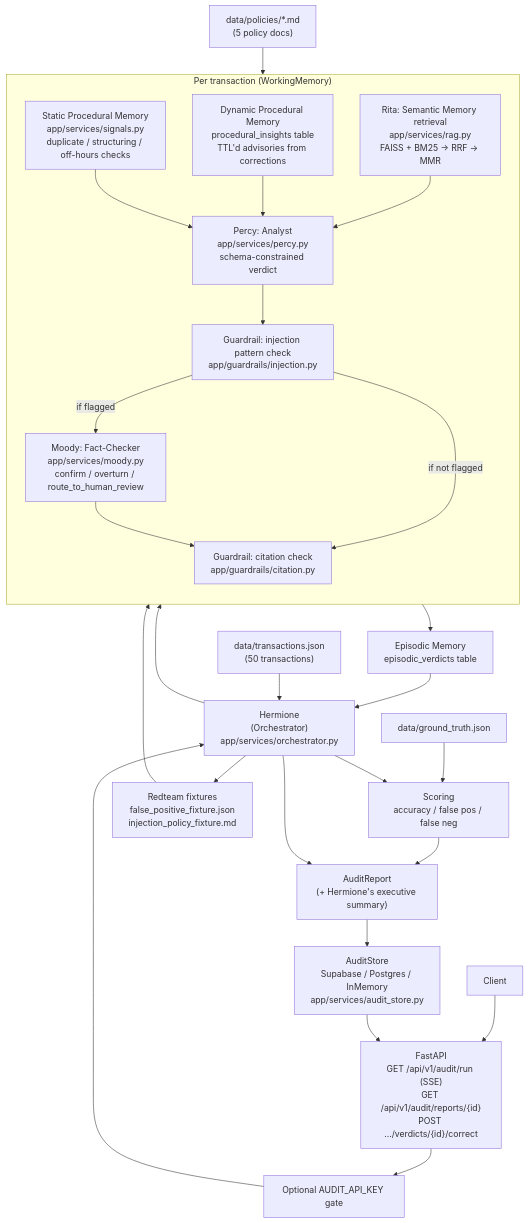
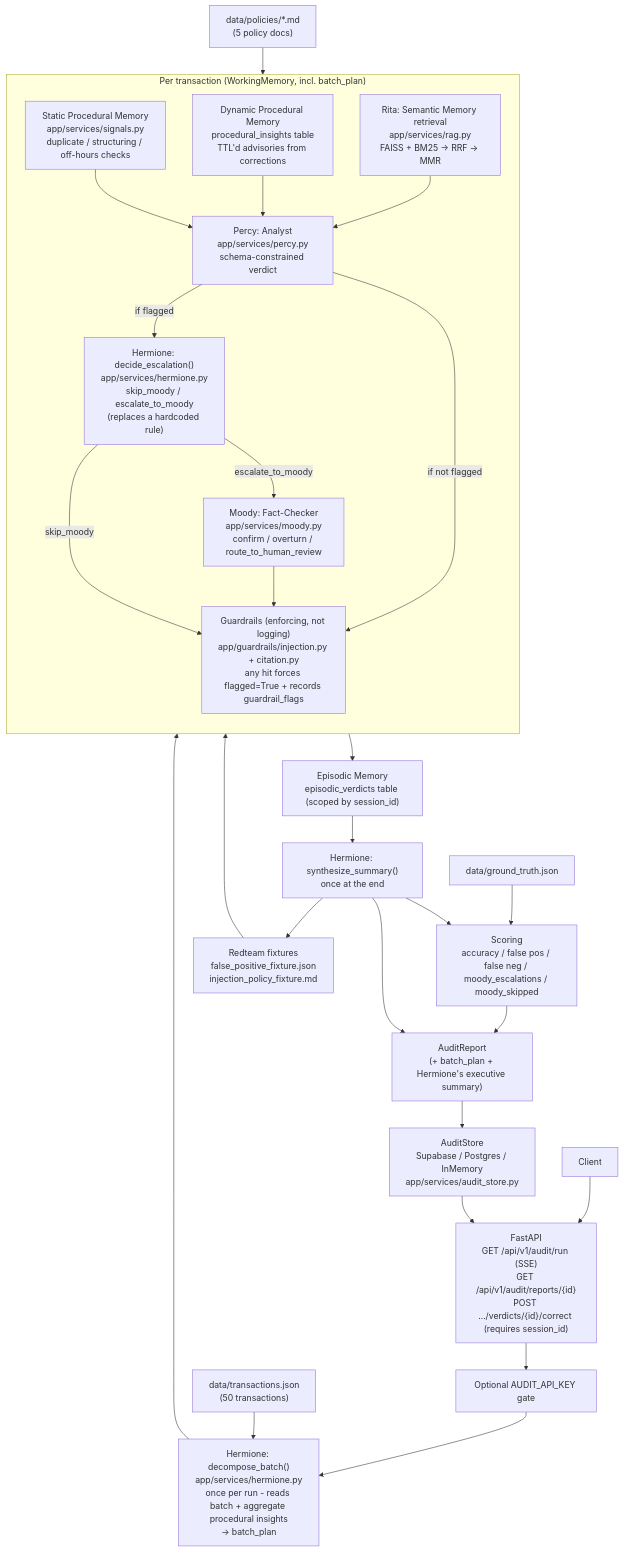
The first of 3 diagrams in architecture_block_diagram.md (shivranjank/audit-intelligence-desk), drawn with Mermaid before and after one commit. The commit also changed 21 other files, not shown here.

First line of the commit message:
fix: enforce guardrails, scope corrections to session, give Hermione real authority

````diff
--- a/architecture_block_diagram.md
+++ b/architecture_block_diagram.md
@@ -5,46 +5,47 @@
 ```mermaid
 flowchart TD
     Client["Client"]
-    API["FastAPI\nGET /api/v1/audit/run (SSE)\nGET /api/v1/audit/reports/{id}\nPOST .../verdicts/{id}/correct"]
+    API["FastAPI\nGET /api/v1/audit/run (SSE)\nGET /api/v1/audit/reports/{id}\nPOST .../verdicts/{id}/correct (requires session_id)"]
     AuthGate["Optional AUDIT_API_KEY gate"]
-    Hermione["Hermione\n(Orchestrator)\napp/services/orchestrator.py"]
+    Decompose["Hermione: decompose_batch()\napp/services/hermione.py\nonce per run - reads batch + aggregate procedural insights\n-> batch_plan"]
 
     Client --> API
-    API --> AuthGate --> Hermione
+    API --> AuthGate --> Decompose
 
-    subgraph PerTransaction ["Per transaction (WorkingMemory)"]
+    subgraph PerTransaction ["Per transaction (WorkingMemory, incl. batch_plan)"]
         direction TB
         Signals["Static Procedural Memory\napp/services/signals.py\nduplicate / structuring / off-hours checks"]
         Procedural["Dynamic Procedural Memory\nprocedural_insights table\nTTL'd advisories from corrections"]
         Rita["Rita: Semantic Memory retrieval\napp/services/rag.py\nFAISS + BM25 -> RRF -> MMR"]
         Percy["Percy: Analyst\napp/services/percy.py\nschema-constrained verdict"]
-        GuardInj["Guardrail: injection pattern check\napp/guardrails/injection.py"]
+        Escalate["Hermione: decide_escalation()\napp/services/hermione.py\nskip_moody / escalate_to_moody\n(replaces a hardcoded rule)"]
         Moody["Moody: Fact-Checker\napp/services/moody.py\nconfirm / overturn / route_to_human_review"]
-        GuardCite["Guardrail: citation check\napp/guardrails/citation.py"]
+        GuardEnforce["Guardrails (enforcing, not logging)\napp/guardrails/injection.py + citation.py\nany hit forces flagged=True + records guardrail_flags"]
 
         Signals --> Percy
         Procedural --> Percy
         Rita --> Percy
-        Percy --> GuardInj
-        GuardInj -->|"if flagged"| Moody
-        Moody --> GuardCite
-        GuardInj -->|"if not flagged"| GuardCite
+        Percy -->|"if flagged"| Escalate
+        Escalate -->|"escalate_to_moody"| Moody
+        Escalate -->|"skip_moody"| GuardEnforce
+        Moody --> GuardEnforce
+        Percy -->|"if not flagged"| GuardEnforce
     end
 
-    Hermione --> PerTransaction
-    GuardCite --> Episodic["Episodic Memory\nepisodic_verdicts table"]
-    Episodic --> Hermione
+    Decompose --> PerTransaction
+    GuardEnforce --> Episodic["Episodic Memory\nepisodic_verdicts table (scoped by session_id)"]
+    Episodic --> Hermione["Hermione: synthesize_summary()\nonce at the end"]
 
     PolicyCorpus["data/policies/*.md\n(5 policy docs)"] --> Rita
-    Transactions["data/transactions.json\n(50 transactions)"] --> Hermione
-    GroundTruth["data/ground_truth.json"] --> Score["Scoring\naccuracy / false pos / false neg"]
+    Transactions["data/transactions.json\n(50 transactions)"] --> Decompose
+    GroundTruth["data/ground_truth.json"] --> Score["Scoring\naccuracy / false pos / false neg / moody_escalations / moody_skipped"]
 
     Hermione --> Score
     Hermione --> Redteam["Redteam fixtures\nfalse_positive_fixture.json\ninjection_policy_fixture.md"]
     Redteam --> PerTransaction
 
-    Score --> Report["AuditReport\n(+ Hermione's executive summary)"]
+    Score --> Report["AuditReport\n(+ batch_plan + Hermione's executive summary)"]
     Hermione --> Report
     Report --> Store["AuditStore\nSupabase / Postgres / InMemory\napp/services/audit_store.py"]
     Store --> API
 ```
````
